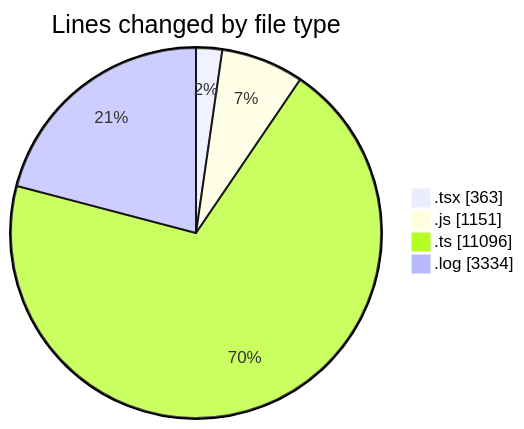
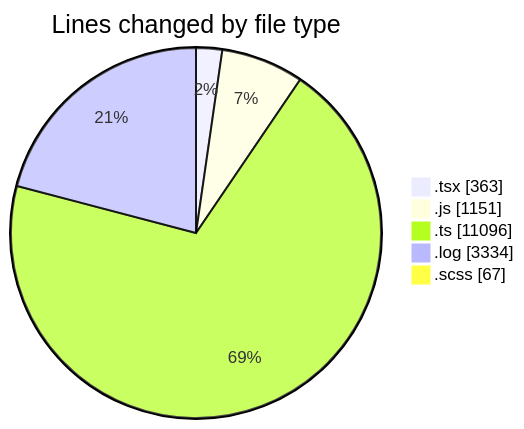
The first of 2 diagrams in 2026-04-09/cda/README.md (momahboobian/code-tracking), drawn with Mermaid before and after one commit. The commit also changed other lines of this file and 1 other file, not shown here.

````diff
--- a/2026-04-09/cda/README.md
+++ b/2026-04-09/cda/README.md
@@ -27,8 +28,9 @@
 ```mermaid
 pie showData
 title Lines changed by file type
 ".tsx" : 363
 ".js" : 1151
 ".ts" : 11096
 ".log" : 3334
+".scss" : 67
 ```
````
